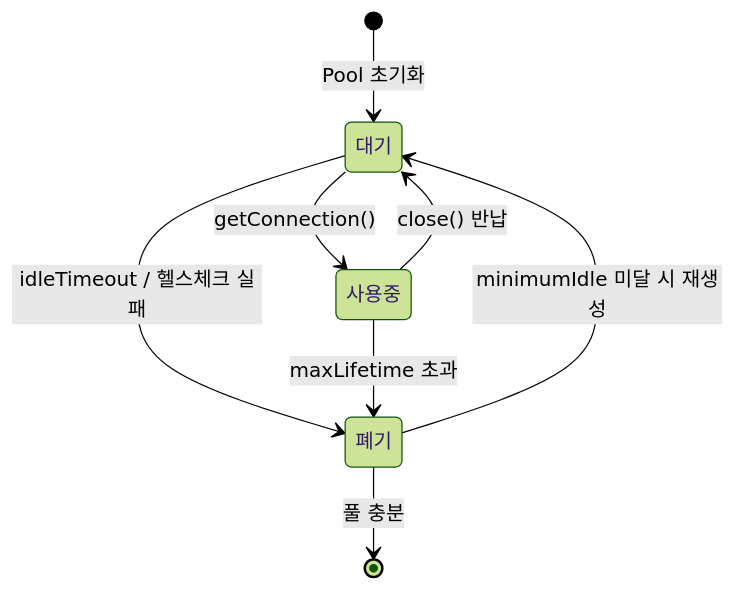
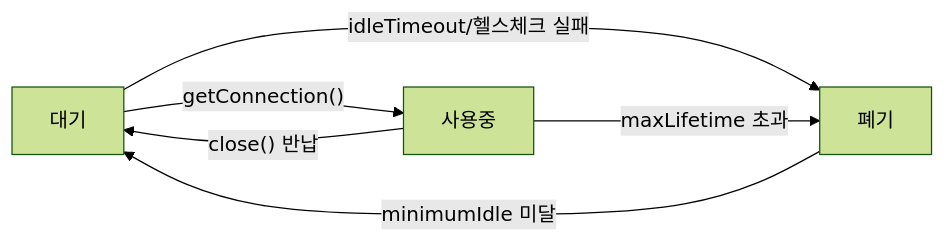
The second of 4 diagrams in _posts/db/2026-05-01-db-connection-pool.md (yjkim2015/yjkim2015.github.io), drawn with Mermaid (forest theme) before and after one commit. The commit also changed 50 other files, not shown here.

First line of the commit message:
stateDiagram 11개 graph LR 변환 + 테이블 빈 셀 17개 수정

````diff
--- a/_posts/db/2026-05-01-db-connection-pool.md
+++ b/_posts/db/2026-05-01-db-connection-pool.md
@@ -67,10 +67,11 @@
 ```mermaid
-stateDiagram-v2
-    [*] --> 대기: Pool 초기화
-    대기 --> 사용중: getConnection()
-    사용중 --> 대기: close() 반납
-    대기 --> 폐기: idleTimeout / 헬스체크 실패
-    사용중 --> 폐기: maxLifetime 초과
-    폐기 --> 대기: minimumIdle 미달 시 재생성
-    폐기 --> [*]: 풀 충분
+graph LR
+    대기["대기"]
+    사용중["사용중"]
+    폐기["폐기"]
+    대기 -->|"getConnection()"| 사용중
+    사용중 -->|"close() 반납"| 대기
+    대기 -->|"idleTimeout/헬스체크 실패"| 폐기
+    사용중 -->|"maxLifetime 초과"| 폐기
+    폐기 -->|"minimumIdle 미달"| 대기
 ```
````
